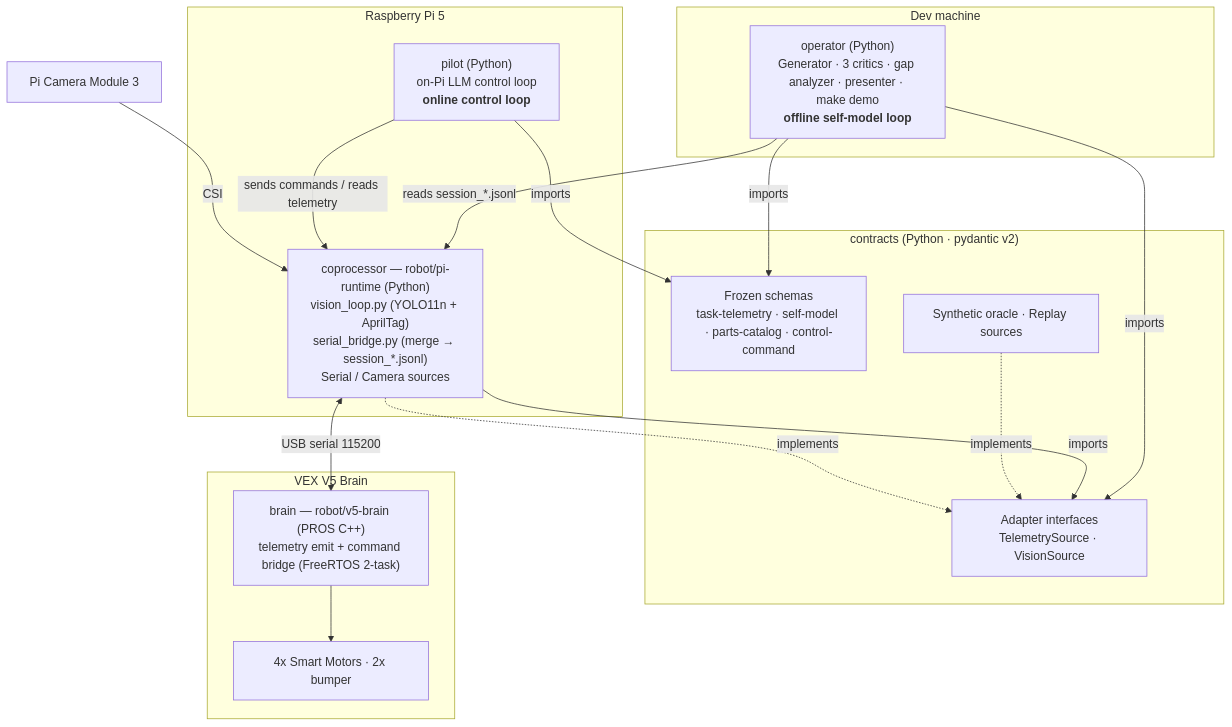
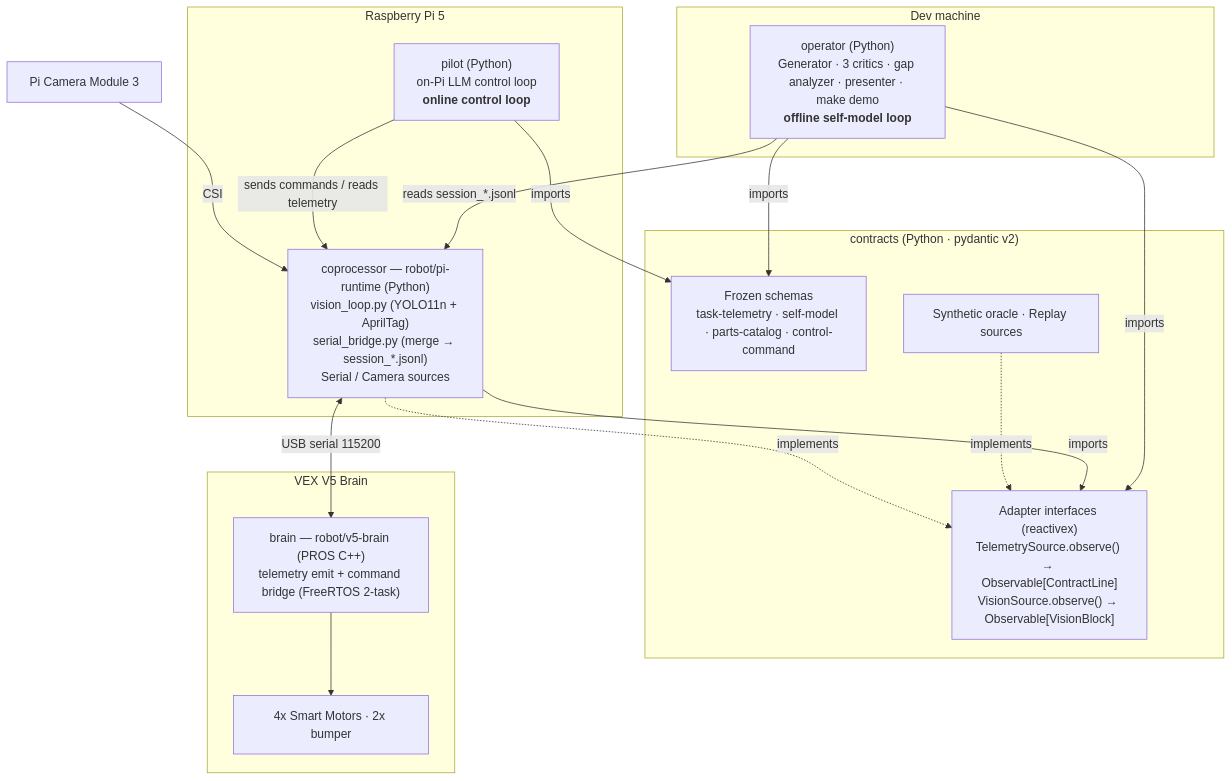
Before and after one commit to codewizard-dt/llm-self-model-capstone: the first of 2 diagrams in ARCHITECTURE.md, drawn with Mermaid. The commit also changed other lines of this file and 4 other files, not shown here.

First line of the commit message:
[adapter-interfaces] ADR-20 + F4 brief: reactive Observable adapter model

````diff
--- a/ARCHITECTURE.md
+++ b/ARCHITECTURE.md
@@ -15,32 +15,32 @@
 ```mermaid
 flowchart TB
   subgraph dev["Dev machine"]
     OP["operator (Python)<br/>Generator · 3 critics · gap analyzer · presenter · make demo<br/><b>offline self-model loop</b>"]
   end
   subgraph contracts["contracts (Python · pydantic v2)"]
     SCH["Frozen schemas<br/>task-telemetry · self-model · parts-catalog · control-command"]
-    ADP["Adapter interfaces<br/>TelemetrySource · VisionSource"]
+    ADP["Adapter interfaces (reactivex)<br/>TelemetrySource.observe() → Observable[ContractLine]<br/>VisionSource.observe() → Observable[VisionBlock]"]
     ORC["Synthetic oracle · Replay sources"]
   end
   subgraph pi["Raspberry Pi 5"]
     PILOT["pilot (Python)<br/>on-Pi LLM control loop<br/><b>online control loop</b>"]
     COPRO["coprocessor — robot/pi-runtime (Python)<br/>vision_loop.py (YOLO11n + AprilTag)<br/>serial_bridge.py (merge → session_*.jsonl)<br/>Serial / Camera sources"]
   end
   subgraph v5["VEX V5 Brain"]
     BRAIN["brain — robot/v5-brain (PROS C++)<br/>telemetry emit + command bridge (FreeRTOS 2-task)"]
     MOTORS["4x Smart Motors · 2x bumper"]
   end
   CAM["Pi Camera Module 3"]
 
   OP -->|imports| SCH
   OP -->|imports| ADP
   PILOT -->|imports| SCH
   COPRO -->|imports| ADP
   ORC -.implements.-> ADP
   COPRO -.implements.-> ADP
   OP -->|reads session_*.jsonl| COPRO
   PILOT -->|sends commands / reads telemetry| COPRO
   COPRO <-->|USB serial 115200| BRAIN
   CAM -->|CSI| COPRO
   BRAIN --> MOTORS
 ```
````
